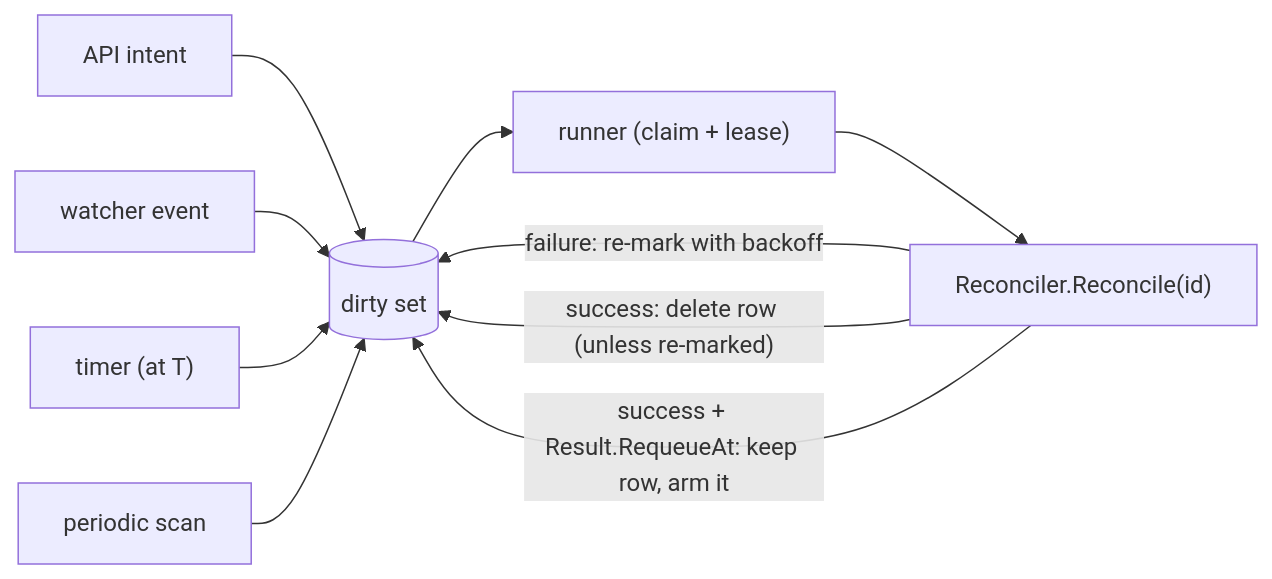
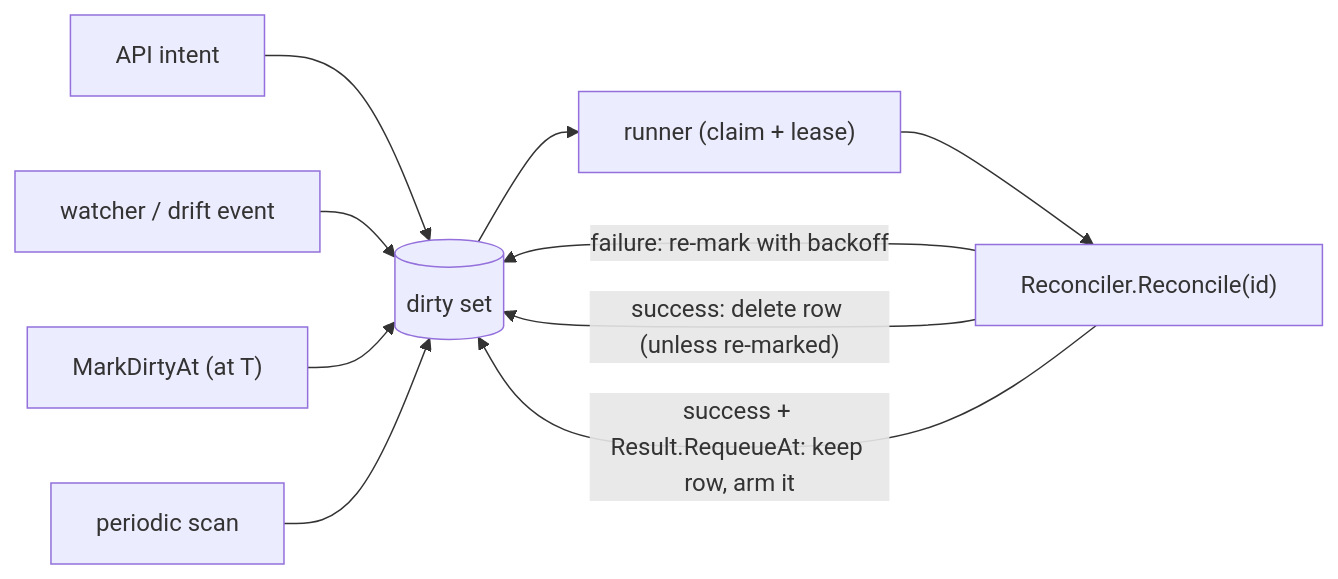
The first of 2 diagrams in server/internal/reconcile/DESIGN.md (discobox-ai/discobox), drawn with Mermaid before and after one commit. The commit also changed other lines of this file and 37 other files, not shown here.

````diff
--- a/server/internal/reconcile/DESIGN.md
+++ b/server/internal/reconcile/DESIGN.md
@@ -9,12 +7,12 @@
 ```mermaid
 flowchart LR
     api[API intent] --> dirty[(dirty set)]
-    watcher[watcher event] --> dirty
-    timer["timer (at T)"] --> dirty
+    watcher[watcher / drift event] --> dirty
+    timer["MarkDirtyAt (at T)"] --> dirty
     scan[periodic scan] --> dirty
     dirty --> runner["runner (claim + lease)"]
     runner --> reconciler["Reconciler.Reconcile(id)"]
     reconciler -- "failure: re-mark with backoff" --> dirty
     reconciler -- "success: delete row (unless re-marked)" --> dirty
     reconciler -- "success + Result.RequeueAt: keep row, arm it" --> dirty
 ```
````
